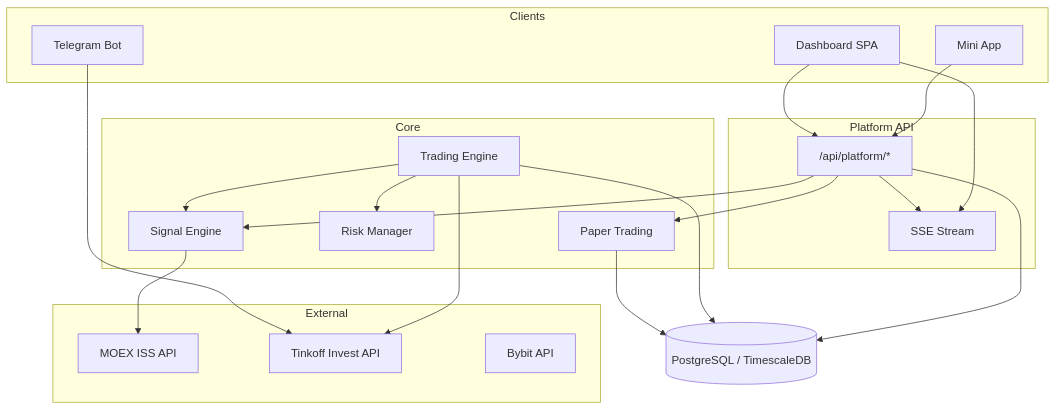
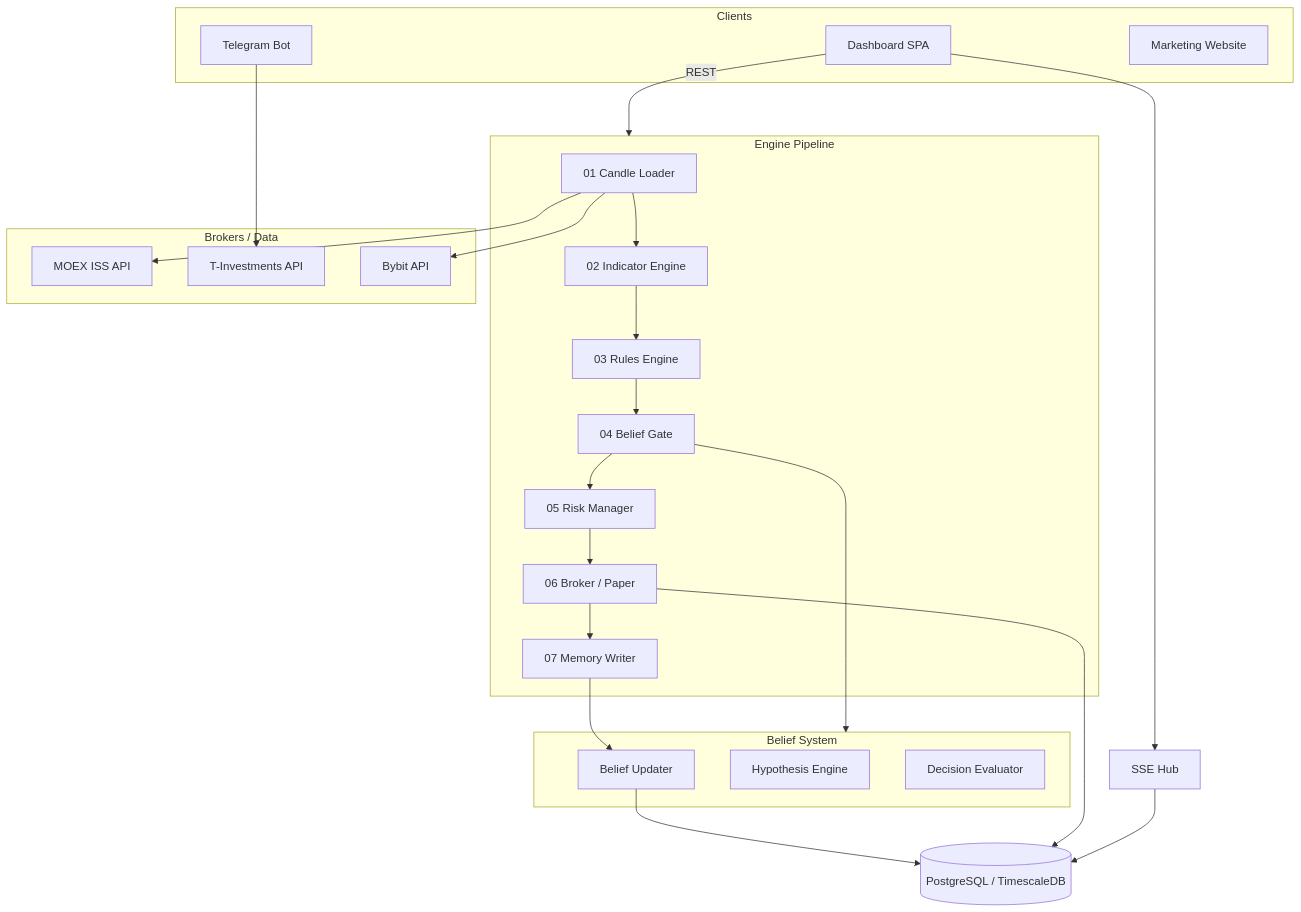
Before and after one commit to Pomiranov/Trading-Bot: the second of 2 diagrams in README.md, drawn with Mermaid. The commit also changed other lines of this file and 59 other files, not shown here.

````diff
--- a/README.md
+++ b/README.md
@@ -1041,43 +905,44 @@
 ```mermaid
 flowchart TB
     subgraph clients [Clients]
         D[Dashboard SPA]
         T[Telegram Bot]
-        M[Mini App]
+        W[Marketing Website]
     end
 
-    subgraph api [Platform API]
-        P["/api/platform/*"]
-        S[SSE Stream]
+    subgraph pipeline [Engine Pipeline]
+        CL[01 Candle Loader]
+        IE[02 Indicator Engine]
+        RE[03 Rules Engine]
+        BG[04 Belief Gate]
+        RM[05 Risk Manager]
+        EX[06 Broker / Paper]
+        MW[07 Memory Writer]
     end
 
-    subgraph core [Core]
-        E[Trading Engine]
-        SE[Signal Engine]
-        R[Risk Manager]
-        PT[Paper Trading]
+    subgraph learning [Belief System]
+        BU[Belief Updater]
+        HE[Hypothesis Engine]
+        DE[Decision Evaluator]
     end
 
-    subgraph external [External]
+    subgraph external [Brokers / Data]
         MOEX[MOEX ISS API]
-        TK[Tinkoff Invest API]
+        TK[T-Investments API]
         BY[Bybit API]
     end
 
     DB[(PostgreSQL / TimescaleDB)]
+    SSE[SSE Hub]
 
-    D --> P
+    D --> |REST| pipeline
     T --> TK
-    M --> P
-    P --> S
-    P --> PT
-    P --> SE
-    E --> SE
-    E --> R
-    E --> TK
-    SE --> MOEX
-    PT --> DB
-    E --> DB
-    P --> DB
-    D --> S
+    CL --> MOEX
+    CL --> BY
+    CL --> IE --> RE --> BG --> RM --> EX --> MW
+    BG --> learning
+    MW --> BU --> DB
+    EX --> DB
+    D --> SSE
+    SSE --> DB
 ```
````
